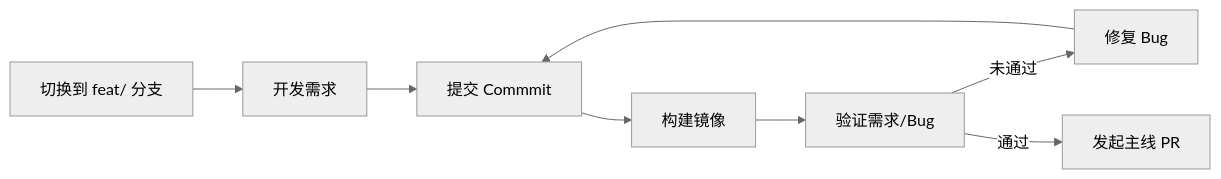
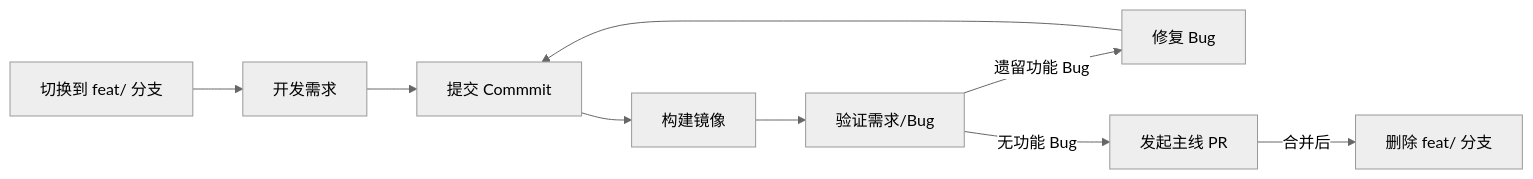
One commit to netpilot-z/kweaver-dip changed the first of 2 diagrams in CONTRIBUTING.md. Above: the diagram before and after it, drawn with Mermaid (neutral theme). The commit also changed other lines of this file, not shown here.

````diff
--- a/CONTRIBUTING.md
+++ b/CONTRIBUTING.md
@@ -35,14 +37,15 @@
 ```mermaid
 flowchart LR
 
 Checkout[切换到 feat/ 分支]
 Dev[开发需求]
 Commit[提交 Commmit]
 CI[构建镜像]
 Verify[验证需求/Bug]
 Fix[修复 Bug]
 Merge[发起主线 PR]
+Clean[删除 feat/ 分支]
 
-Checkout --> Dev --> Commit --> CI --> Verify --未通过--> Fix --> Commit
-Verify --通过--> Merge
+Checkout --> Dev --> Commit --> CI --> Verify --遗留功能 Bug--> Fix --> Commit
+Verify --无功能 Bug--> Merge --合并后--> Clean
 ```
````
